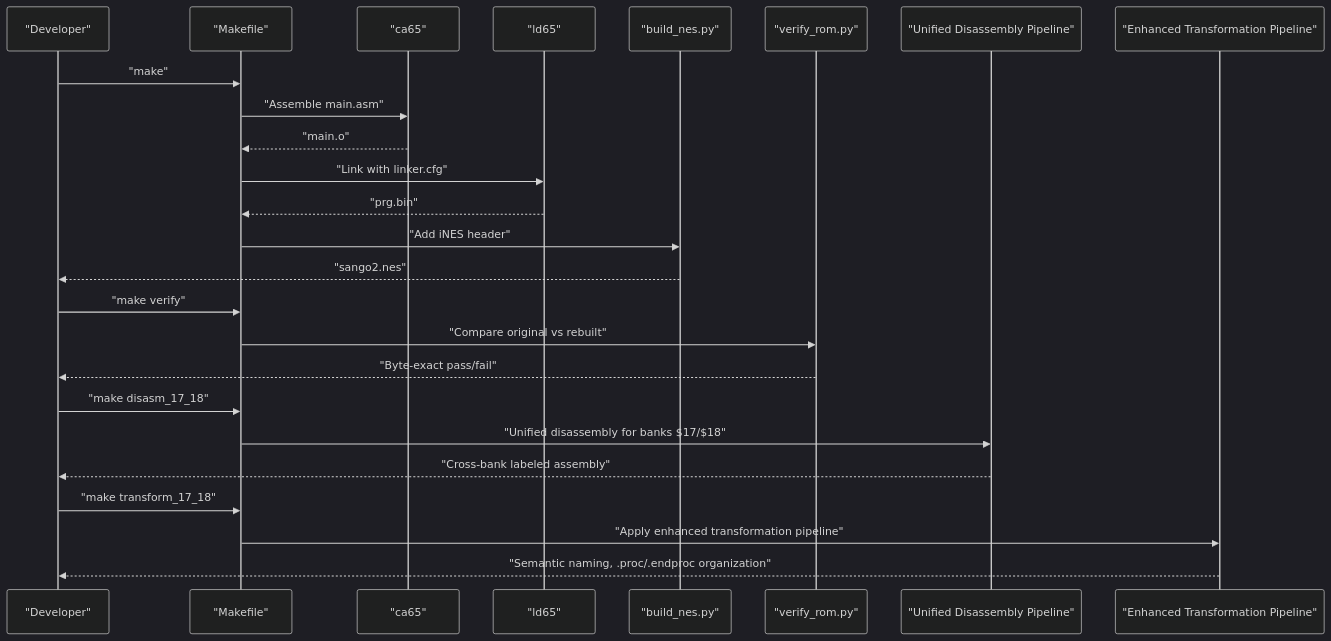
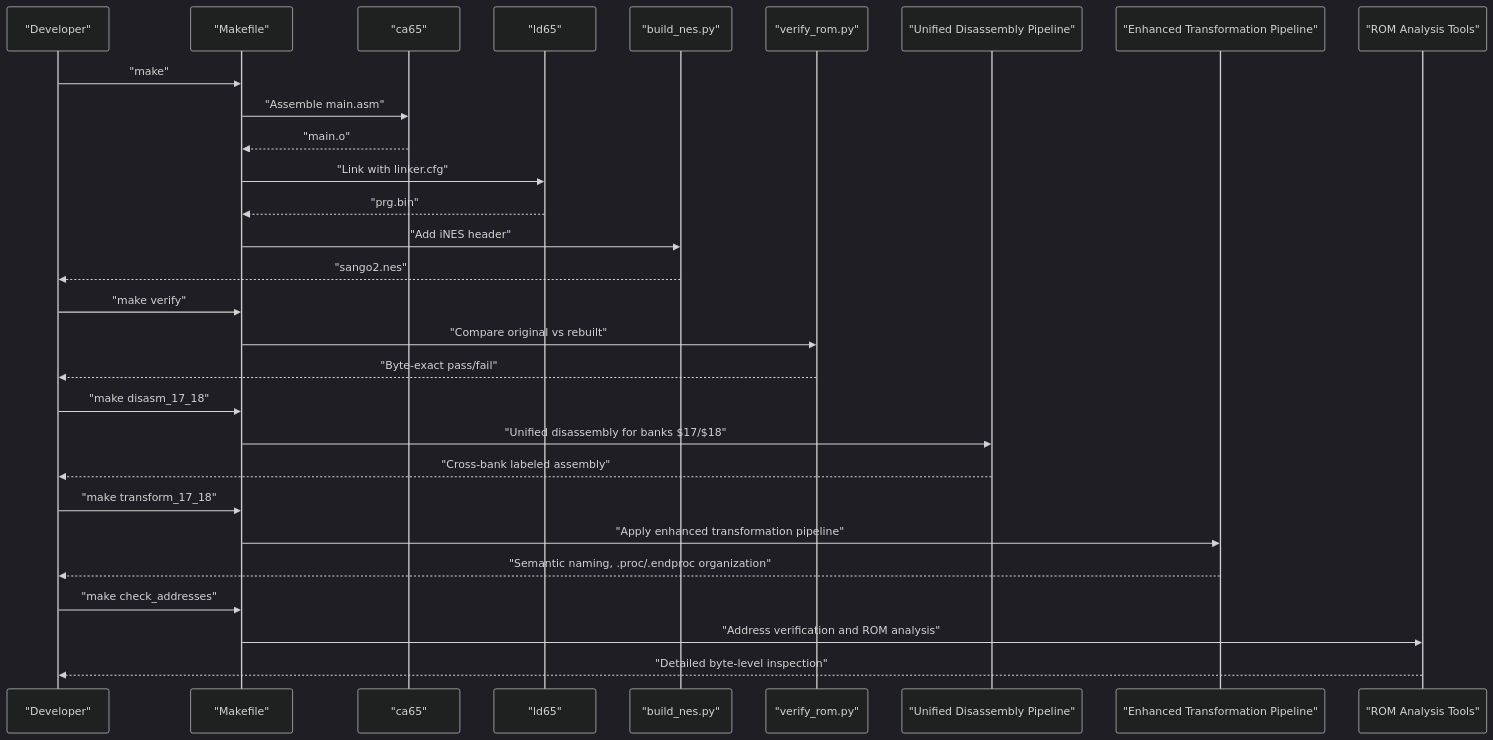
The second of 13 diagrams in .qoder/repowiki/en/content/Build System and Tools/Build System and Tools.md (rabbyzero/sango2dasm), drawn with Mermaid (dark theme) before and after one commit. The commit also changed other lines of this file and 16 other files, not shown here.

````diff
--- a/.qoder/repowiki/en/content/Build System and Tools/Build System and Tools.md
+++ b/.qoder/repowiki/en/content/Build System and Tools/Build System and Tools.md
@@ -232,27 +274,31 @@
 ```mermaid
 sequenceDiagram
 participant Dev as "Developer"
 participant MK as "Makefile"
 participant CA as "ca65"
 participant LD as "ld65"
 participant BN as "build_nes.py"
 participant VR as "verify_rom.py"
 participant UD as "Unified Disassembly Pipeline"
 participant TP as "Enhanced Transformation Pipeline"
+participant RA as "ROM Analysis Tools"
 Dev->>MK : "make"
 MK->>CA : "Assemble main.asm"
 CA-->>MK : "main.o"
 MK->>LD : "Link with linker.cfg"
 LD-->>MK : "prg.bin"
 MK->>BN : "Add iNES header"
 BN-->>Dev : "sango2.nes"
 Dev->>MK : "make verify"
 MK->>VR : "Compare original vs rebuilt"
 VR-->>Dev : "Byte-exact pass/fail"
 Dev->>MK : "make disasm_17_18"
 MK->>UD : "Unified disassembly for banks $17/$18"
 UD-->>Dev : "Cross-bank labeled assembly"
 Dev->>MK : "make transform_17_18"
 MK->>TP : "Apply enhanced transformation pipeline"
 TP-->>Dev : "Semantic naming, .proc/.endproc organization"
+Dev->>MK : "make check_addresses"
+MK->>RA : "Address verification and ROM analysis"
+RA-->>Dev : "Detailed byte-level inspection"
 ```
````
